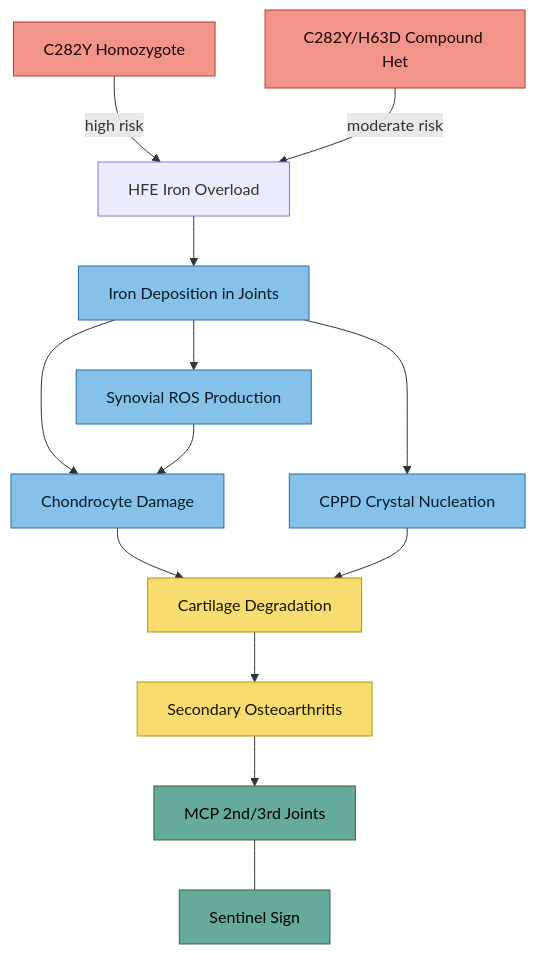
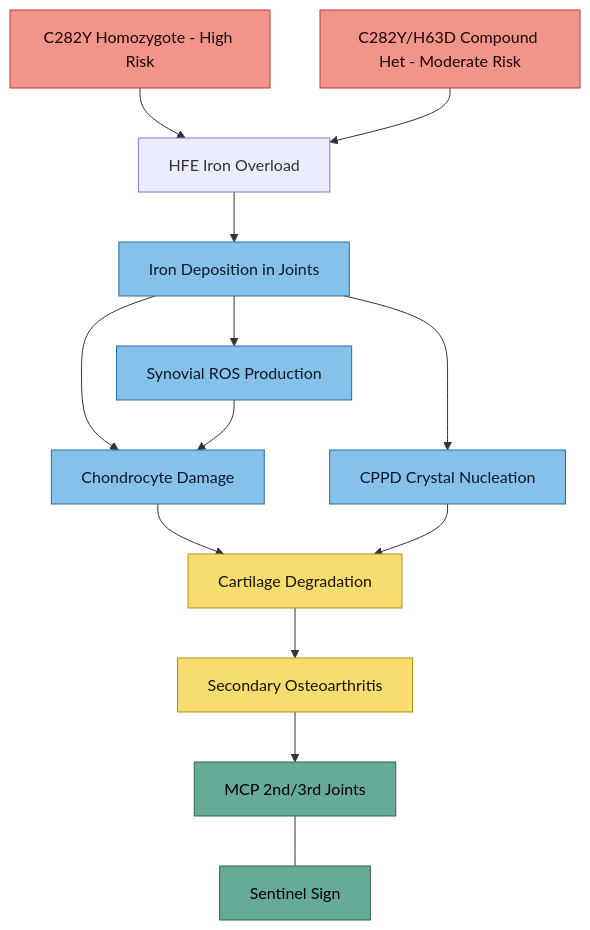
Before and after one commit to Aegis-commits/ag-hfe-adhd-asd-research: the diagram in src/site/notes/symptoms/Arthropathy and Back Pain.md, drawn with Mermaid. The commit also changed 14 other files, not shown here.

````diff
--- a/src/site/notes/symptoms/Arthropathy and Back Pain.md
+++ b/src/site/notes/symptoms/Arthropathy and Back Pain.md
@@ -16,27 +16,27 @@
 ```mermaid
 flowchart TD
     A[HFE Iron Overload] --> B[Iron Deposition in Joints]
     B --> C[Chondrocyte Damage]
     B --> D[CPPD Crystal Nucleation]
     C --> E[Cartilage Degradation]
     D --> E
     E --> F[Secondary Osteoarthritis]
     B --> G[Synovial ROS Production]
     G --> C
 
-    H[C282Y Homozygote] -->|high risk| A
-    I[C282Y/H63D Compound Het] -->|moderate risk| A
+    H[C282Y Homozygote - High Risk] --> A
+    I[C282Y/H63D Compound Het - Moderate Risk] --> A
 
     J[MCP 2nd/3rd Joints] --- K[Sentinel Sign]
     F --> J
 
     classDef risk fill:#f1948a,stroke:#c0392b,color:#1a0505
     classDef mechanism fill:#85c1e9,stroke:#2471a3,color:#0a1929
     classDef outcome fill:#f7dc6f,stroke:#b7950b,color:#1a1400
     classDef sentinel fill:#6a9,stroke:#364,color:#000
 
     class H,I risk
     class B,C,D,G mechanism
     class E,F outcome
     class J,K sentinel
 ```
````
